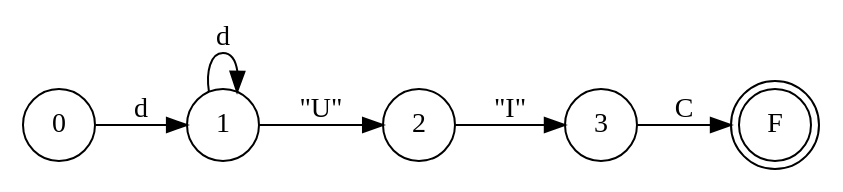
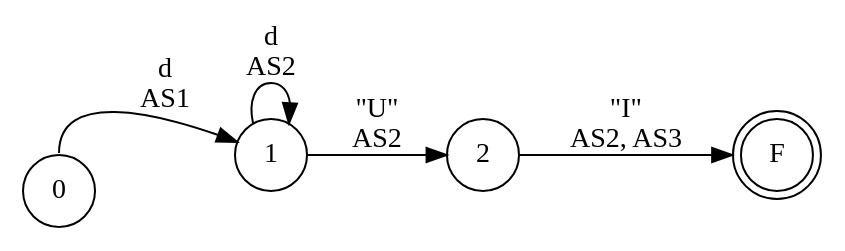
Before and after one commit to iroumec/RouVel-Compiler: the diagram in resources/FA/FADiagrams/uint.dot, drawn with Graphviz. The commit also changed 32 other files, not shown here.

```diff
--- a/resources/FA/FADiagrams/uint.dot
+++ b/resources/FA/FADiagrams/uint.dot
@@ -1,11 +1,10 @@
 digraph DFA {
     rankdir = LR;
     node [shape = circle;];
     F [shape = doublecircle;];
     
-    0 -> 1 [label = "d";];
-    1 -> 1 [label = "d";];
-    1 -> 2 [label = "\"U\"";];
-    2 -> 3 [label = "\"I\"";];
-    3 -> F [label = "C";];
+    0 -> 1 [label = "d \n AS1"; tailport = n;];
+    1 -> 1 [label = "d \n AS2";];
+    1 -> 2 [label = "\"U\" \n AS2";];
+    2 -> F [label = "\"I\" \n AS2, AS3";];
 }
```
